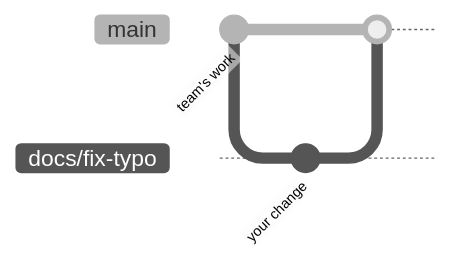
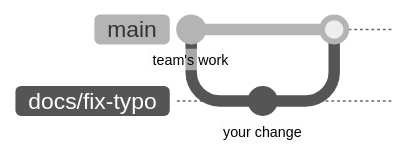
Before and after one commit to STAR-Robotics-Team/starrt-luna-software: the first of 2 diagrams in docs/learn/git-and-github.md, drawn with Mermaid (neutral theme). The commit also changed 1 other file, not shown here.

Commit message:
Clarify the mount and branch diagrams
The mount diagram nested the container inside the computer, which made
the mount link merge with other arrows. It now shows the computer and
the container as two boxes joined by one thick link between your clone
and /ws. The branch diagram's commit labels are now horizontal.

````diff
--- a/docs/learn/git-and-github.md
+++ b/docs/learn/git-and-github.md
@@ -33,9 +33,10 @@
 ```mermaid
+%%{init: {"gitGraph": {"rotateCommitLabel": false}}}%%
 gitGraph
   commit id: "team's work"
   branch docs/fix-typo
   checkout docs/fix-typo
   commit id: "your change"
   checkout main
   merge docs/fix-typo
 ```
````
